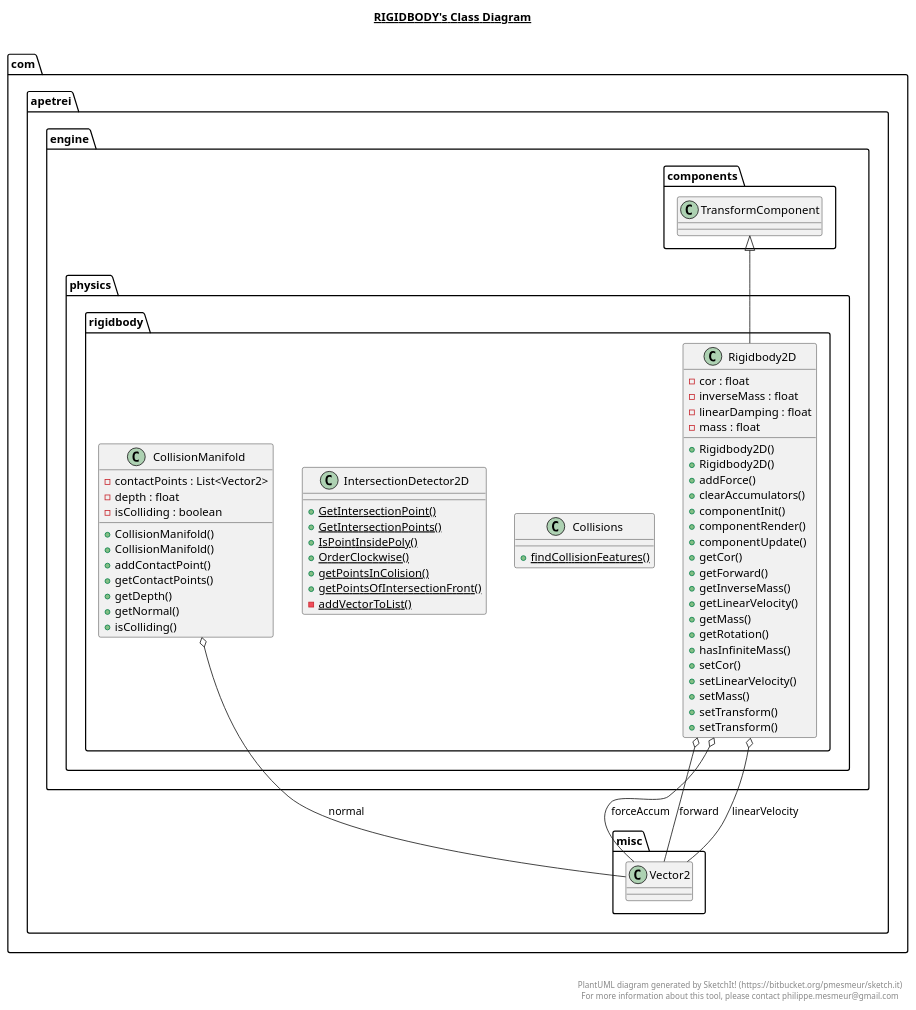
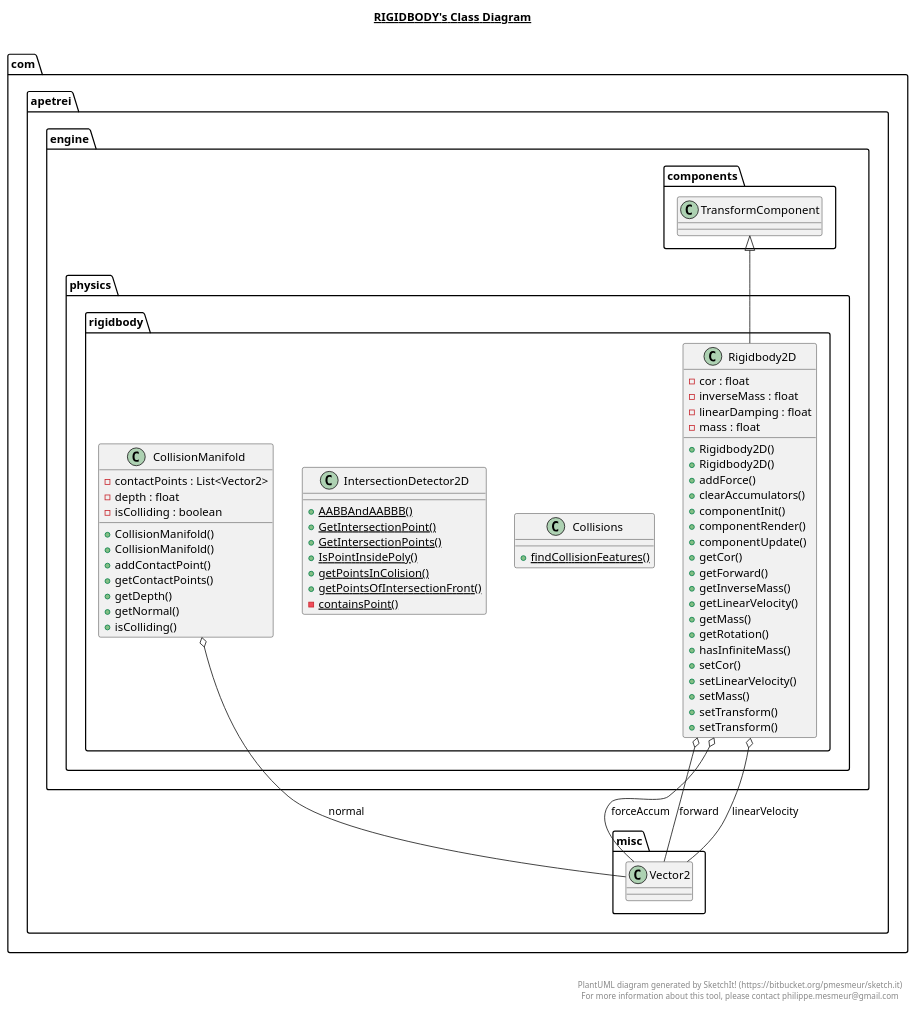
One commit to TheWiseWolfy/Wild-Sky changed the diagram in src/com/apetrei/engine/physics/rigidbody/rigidbody.plantuml. Above: the diagram before and after it, drawn with PlantUML. The commit also changed 58 other files, not shown here.

```diff
--- a/src/com/apetrei/engine/physics/rigidbody/rigidbody.plantuml
+++ b/src/com/apetrei/engine/physics/rigidbody/rigidbody.plantuml
@@ -1,100 +1,100 @@
 @startuml
 
 title __RIGIDBODY's Class Diagram__\n
 
   namespace com.apetrei.engine {
     namespace physics {
       namespace rigidbody {
         class com.apetrei.engine.physics.rigidbody.CollisionManifold {
             - contactPoints : List<Vector2>
             - depth : float
             - isColliding : boolean
             + CollisionManifold()
             + CollisionManifold()
             + addContactPoint()
             + getContactPoints()
             + getDepth()
             + getNormal()
             + isColliding()
         }
       }
     }
   }
   
 
   namespace com.apetrei.engine {
     namespace physics {
       namespace rigidbody {
         class com.apetrei.engine.physics.rigidbody.Collisions {
             {static} + findCollisionFeatures()
         }
       }
     }
   }
   
 
   namespace com.apetrei.engine {
     namespace physics {
       namespace rigidbody {
         class com.apetrei.engine.physics.rigidbody.IntersectionDetector2D {
+            {static} + AABBAndAABBB()
             {static} + GetIntersectionPoint()
             {static} + GetIntersectionPoints()
             {static} + IsPointInsidePoly()
-            {static} + OrderClockwise()
             {static} + getPointsInColision()
             {static} + getPointsOfIntersectionFront()
-            {static} - addVectorToList()
+            {static} - containsPoint()
         }
       }
     }
   }
   
 
   namespace com.apetrei.engine {
     namespace physics {
       namespace rigidbody {
         class com.apetrei.engine.physics.rigidbody.Rigidbody2D {
             - cor : float
             - inverseMass : float
             - linearDamping : float
             - mass : float
             + Rigidbody2D()
             + Rigidbody2D()
             + addForce()
             + clearAccumulators()
             + componentInit()
             + componentRender()
             + componentUpdate()
             + getCor()
             + getForward()
             + getInverseMass()
             + getLinearVelocity()
             + getMass()
             + getRotation()
             + hasInfiniteMass()
             + setCor()
             + setLinearVelocity()
             + setMass()
             + setTransform()
             + setTransform()
         }
       }
     }
   }
   
 
   com.apetrei.engine.physics.rigidbody.CollisionManifold o-- com.apetrei.misc.Vector2 : normal
   com.apetrei.engine.physics.rigidbody.Rigidbody2D -up-|> com.apetrei.engine.components.TransformComponent
   com.apetrei.engine.physics.rigidbody.Rigidbody2D o-- com.apetrei.misc.Vector2 : forceAccum
   com.apetrei.engine.physics.rigidbody.Rigidbody2D o-- com.apetrei.misc.Vector2 : forward
   com.apetrei.engine.physics.rigidbody.Rigidbody2D o-- com.apetrei.misc.Vector2 : linearVelocity
 
 
 right footer
 
 
 PlantUML diagram generated by SketchIt! (https://bitbucket.org/pmesmeur/sketch.it)
 For more information about this tool, please contact philippe.mesmeur@gmail.com
 endfooter
 
 @enduml
```
